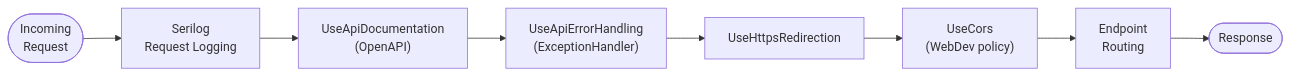
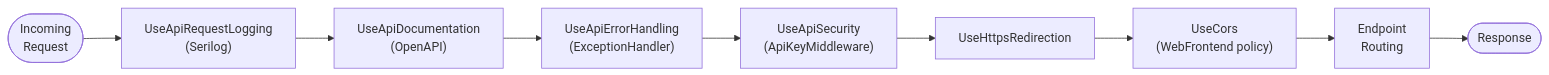
Before and after one commit to goldbarth/ServiceDeskLite: the diagram in docs/diagrams/middleware-pipeline.mmd, drawn with Mermaid. The commit also changed 25 other files, not shown here.

Commit message:
docs: sync documentation and diagrams with Milestone 3 (#122)

```diff
--- a/docs/diagrams/middleware-pipeline.mmd
+++ b/docs/diagrams/middleware-pipeline.mmd
@@ -1,9 +1,10 @@
 flowchart LR
     Req([Incoming\nRequest])
-    Req --> SL["Serilog\nRequest Logging"]
+    Req --> SL["UseApiRequestLogging\n(Serilog)"]
     SL --> OA["UseApiDocumentation\n(OpenAPI)"]
     OA --> EH["UseApiErrorHandling\n(ExceptionHandler)"]
-    EH --> HTTPS[UseHttpsRedirection]
-    HTTPS --> CORS["UseCors\n(WebDev policy)"]
+    EH --> SEC["UseApiSecurity\n(ApiKeyMiddleware)"]
+    SEC --> HTTPS[UseHttpsRedirection]
+    HTTPS --> CORS["UseCors\n(WebFrontend policy)"]
     CORS --> EP[Endpoint\nRouting]
     EP --> Res([Response])
```
